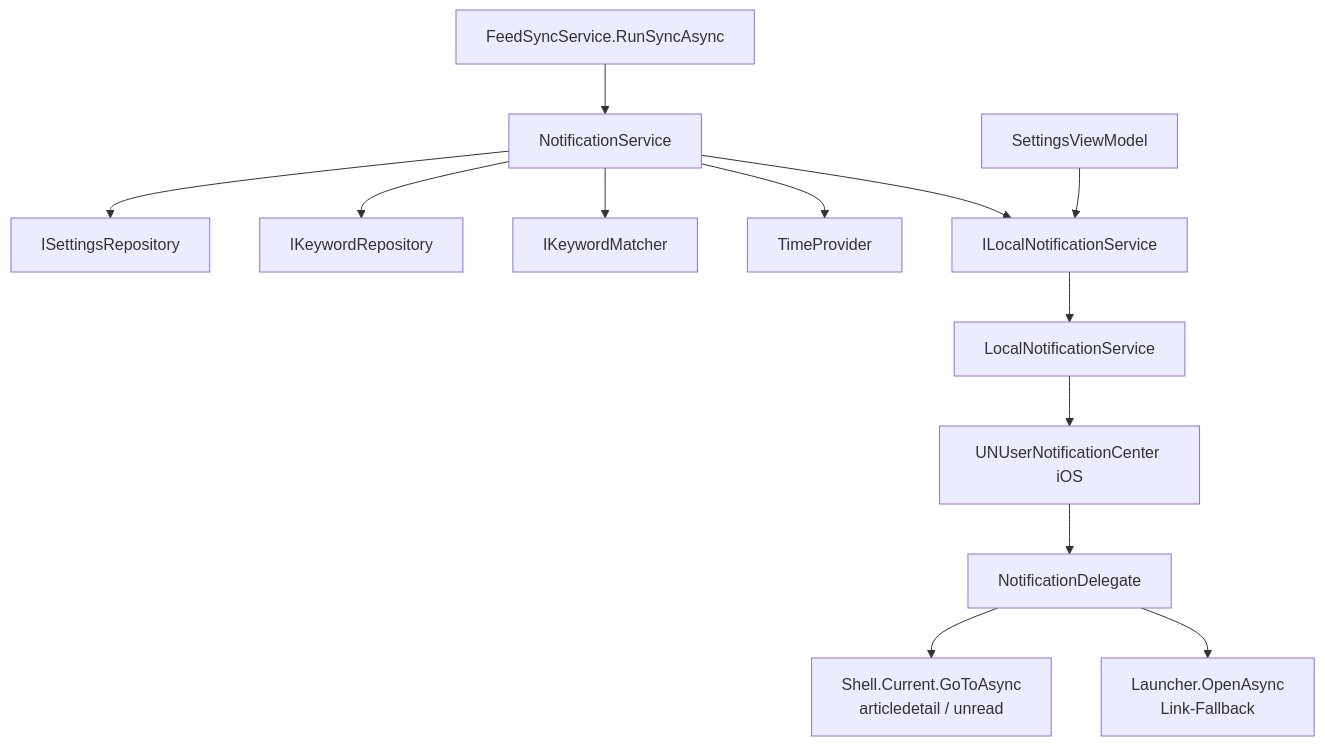
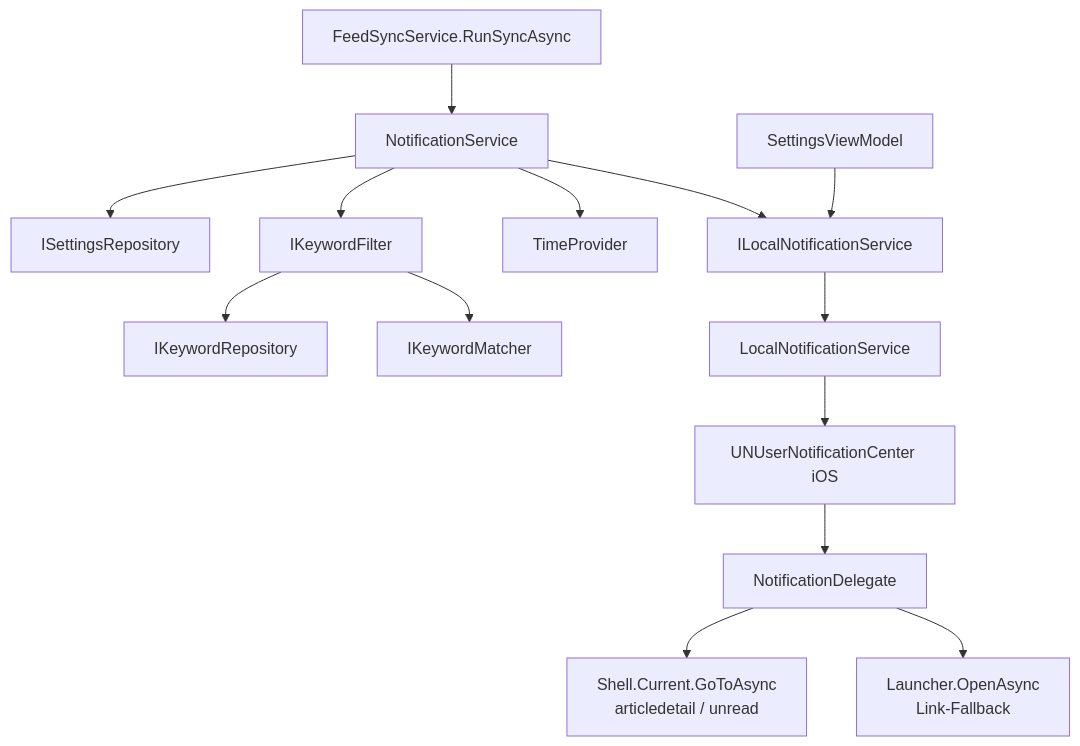
The diagram in docs/help/benachrichtigungen/architektur.md (martin-stromberg/Reporter), drawn with Mermaid before and after one commit. The commit also changed other lines of this file and 50 other files, not shown here.

````diff
--- a/docs/help/benachrichtigungen/architektur.md
+++ b/docs/help/benachrichtigungen/architektur.md
@@ -32,15 +32,16 @@
 ```mermaid
 graph TD
     FS[FeedSyncService.RunSyncAsync] --> NS[NotificationService]
     NS --> SR[ISettingsRepository]
-    NS --> KR[IKeywordRepository]
-    NS --> KM[IKeywordMatcher]
+    NS --> KF[IKeywordFilter]
+    KF --> KR[IKeywordRepository]
+    KF --> KM[IKeywordMatcher]
     NS --> TP[TimeProvider]
     NS --> LNS[ILocalNotificationService]
     SVM[SettingsViewModel] --> LNS
     LNS --> LNSI[LocalNotificationService]
     LNSI --> UNC[UNUserNotificationCenter iOS]
     UNC --> ND[NotificationDelegate]
     ND --> SH[Shell.Current.GoToAsync<br/>articledetail / unread]
     ND --> LAU[Launcher.OpenAsync<br/>Link-Fallback]
 ```
````
